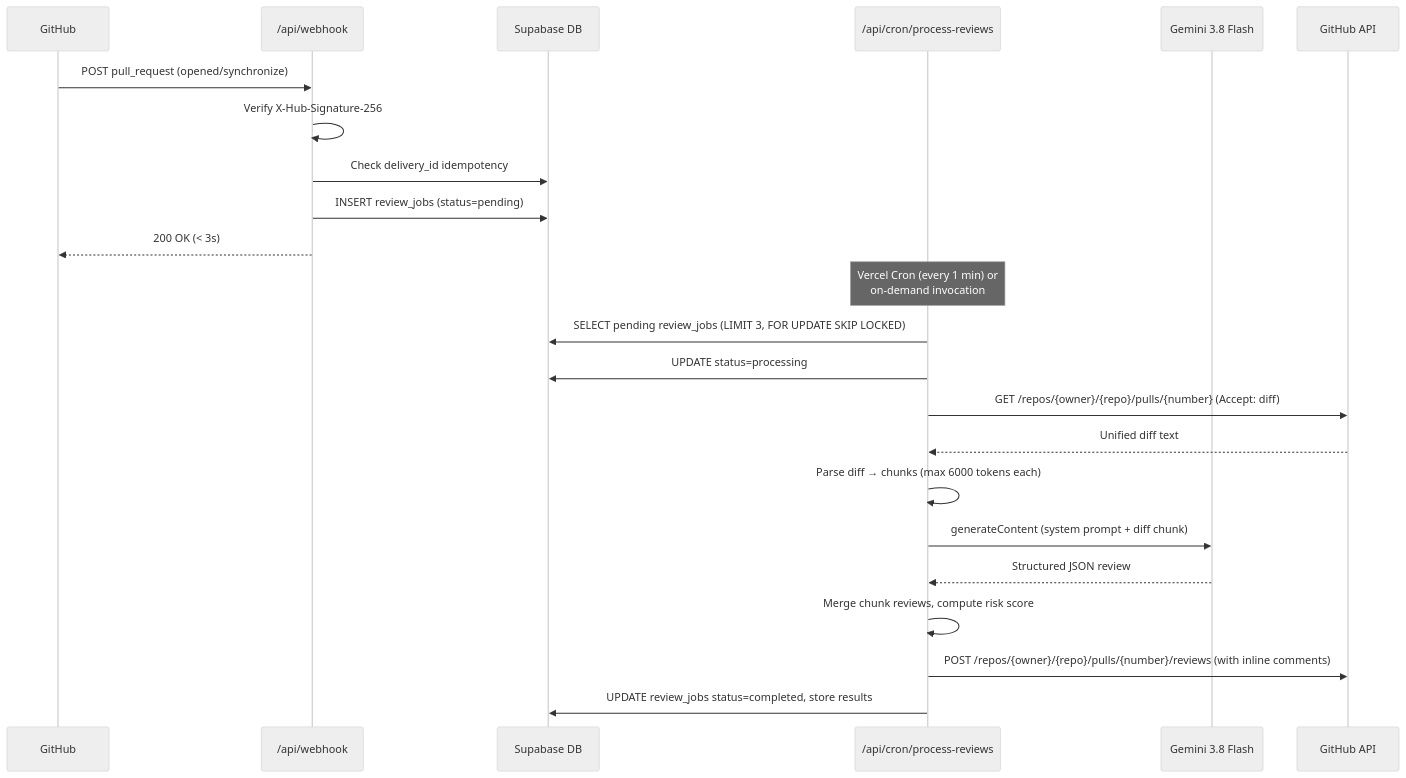
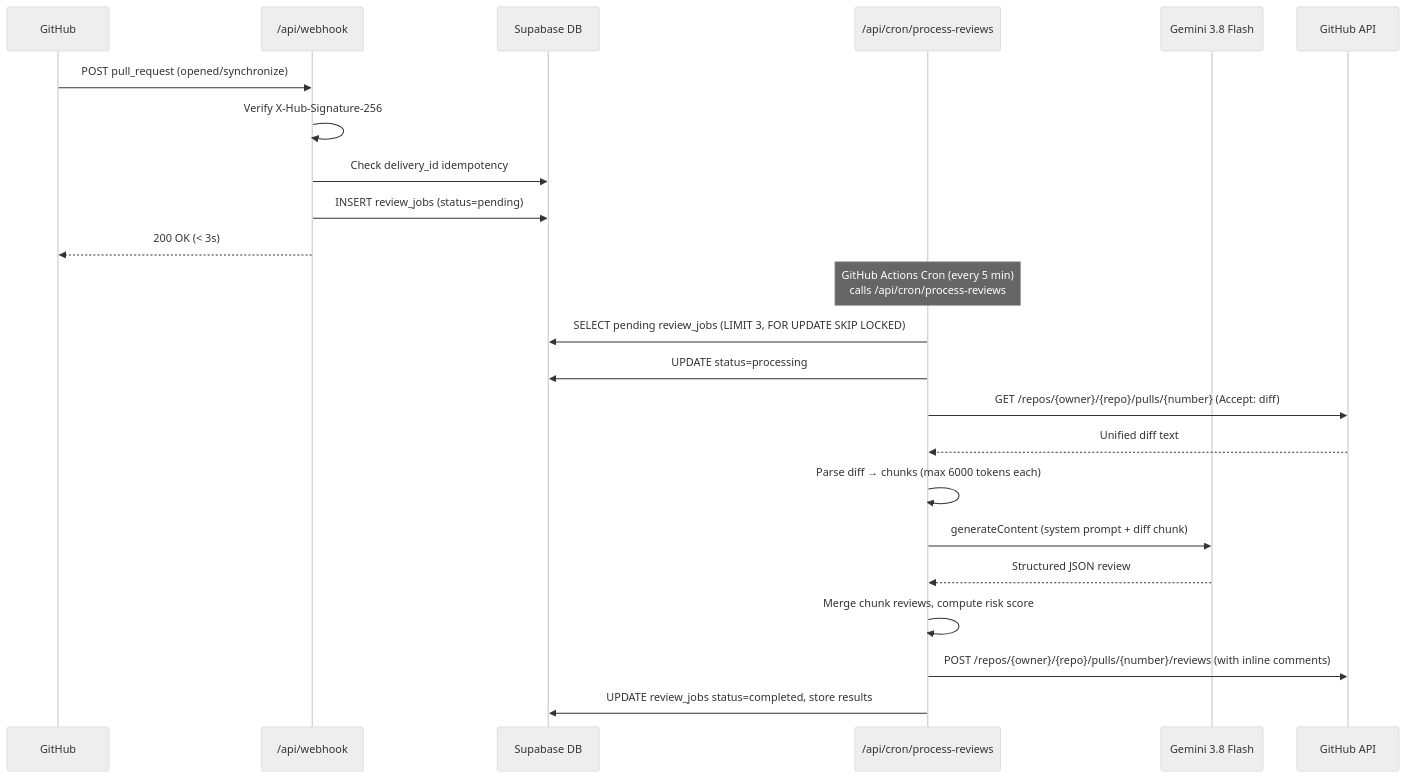
One commit to santhoshh005/PR_Pilot changed the second of 2 diagrams in ARCHITECTURE.md. Above: the diagram before and after it, drawn with Mermaid (neutral theme). The commit also changed other lines of this file and 6 other files, not shown here.

````diff
--- a/ARCHITECTURE.md
+++ b/ARCHITECTURE.md
@@ -34,27 +34,27 @@
 ```mermaid
 sequenceDiagram
   participant GH as GitHub
   participant WH as /api/webhook
   participant DB as Supabase DB
   participant CRON as /api/cron/process-reviews
   participant AI as Gemini 3.8 Flash
   participant GHAPI as GitHub API
 
   GH->>WH: POST pull_request (opened/synchronize)
   WH->>WH: Verify X-Hub-Signature-256
   WH->>DB: Check delivery_id idempotency
   WH->>DB: INSERT review_jobs (status=pending)
   WH-->>GH: 200 OK (< 3s)
 
-  Note over CRON: Vercel Cron (every 1 min) or<br/>on-demand invocation
+  Note over CRON: GitHub Actions Cron (every 5 min)<br/>calls /api/cron/process-reviews
   CRON->>DB: SELECT pending review_jobs (LIMIT 3, FOR UPDATE SKIP LOCKED)
   CRON->>DB: UPDATE status=processing
   CRON->>GHAPI: GET /repos/{owner}/{repo}/pulls/{number} (Accept: diff)
   GHAPI-->>CRON: Unified diff text
   CRON->>CRON: Parse diff → chunks (max 6000 tokens each)
   CRON->>AI: generateContent (system prompt + diff chunk)
   AI-->>CRON: Structured JSON review
   CRON->>CRON: Merge chunk reviews, compute risk score
   CRON->>GHAPI: POST /repos/{owner}/{repo}/pulls/{number}/reviews (with inline comments)
   CRON->>DB: UPDATE review_jobs status=completed, store results
 ```
````
